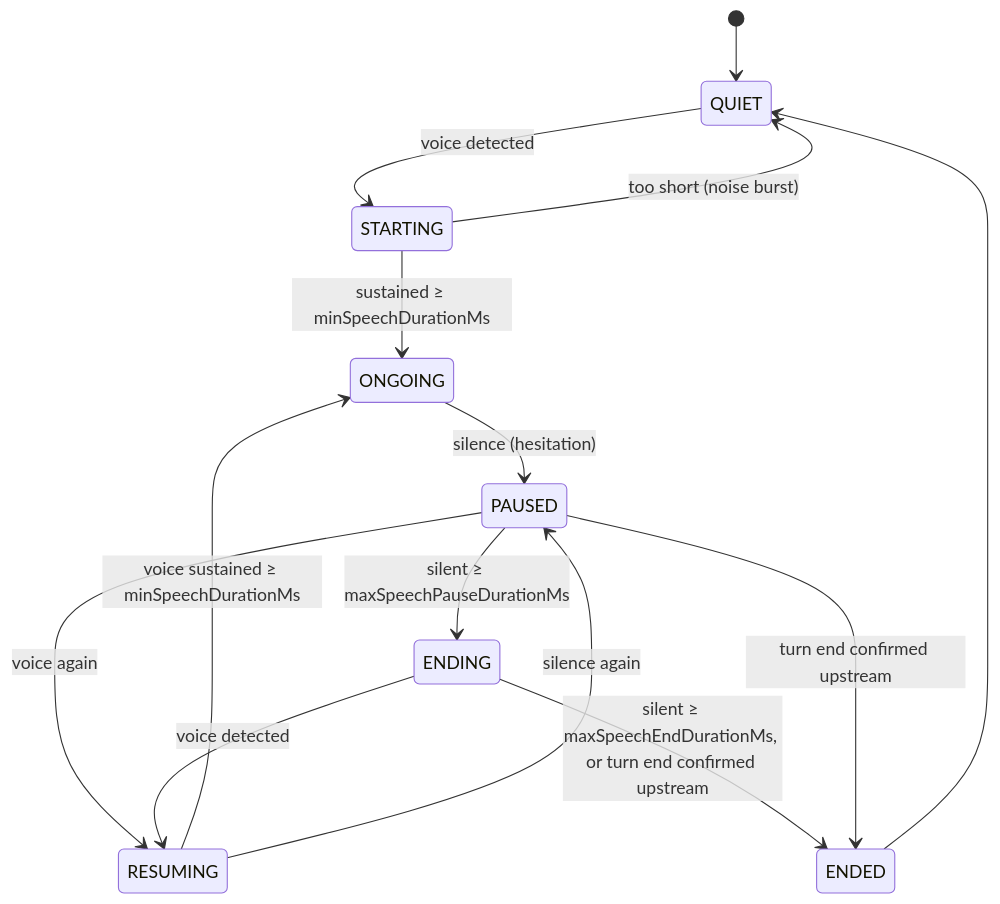
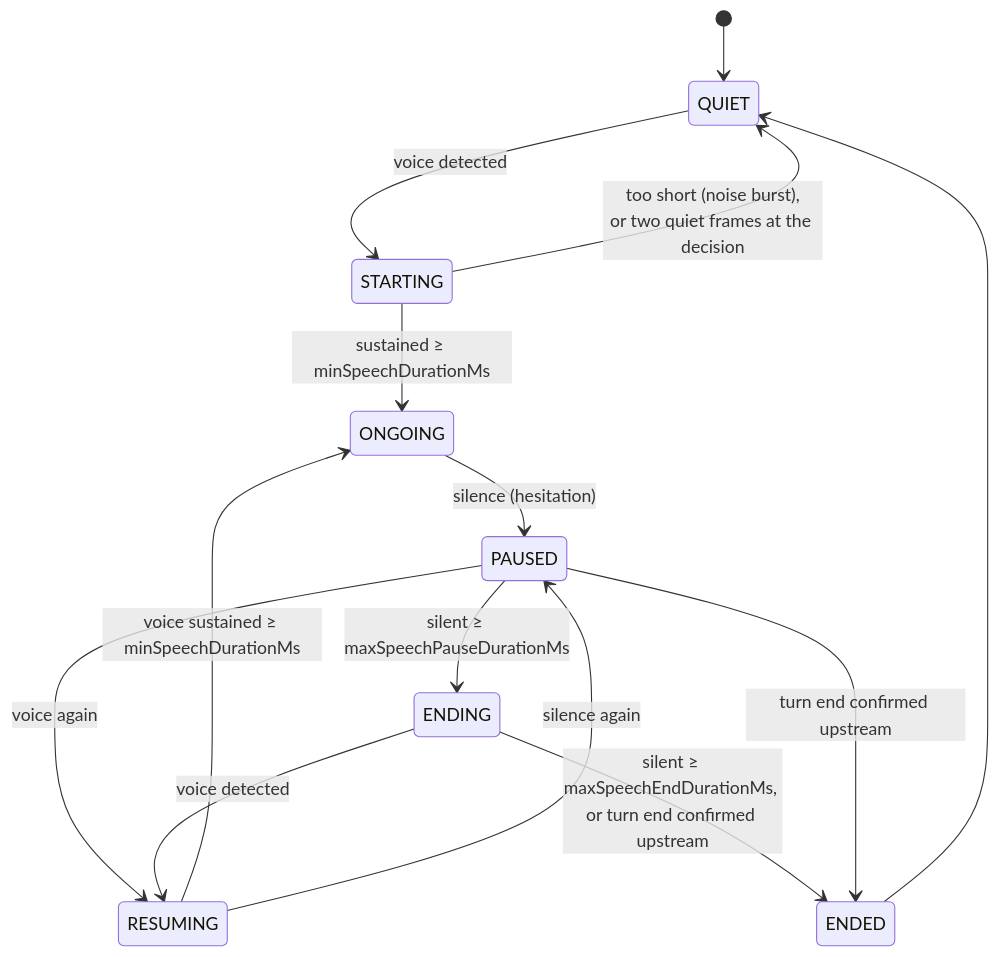
The second of 3 diagrams in docs/reference/processors.md (fatehmtd/VASDK), drawn with Mermaid before and after one commit. The commit also changed other lines of this file and 35 other files, not shown here.

````diff
--- a/docs/reference/processors.md
+++ b/docs/reference/processors.md
@@ -107,16 +107,16 @@
 ```mermaid
 stateDiagram-v2
     [*] --> QUIET
     QUIET --> STARTING: voice detected
     STARTING --> ONGOING: sustained ≥ minSpeechDurationMs
-    STARTING --> QUIET: too short (noise burst)
+    STARTING --> QUIET: too short (noise burst),<br/>or two quiet frames at the decision
     ONGOING --> PAUSED: silence (hesitation)
     PAUSED --> RESUMING: voice again
     PAUSED --> ENDING: silent ≥ maxSpeechPauseDurationMs
     RESUMING --> ONGOING: voice sustained ≥ minSpeechDurationMs
     RESUMING --> PAUSED: silence again
     ENDING --> RESUMING: voice detected
     ENDING --> ENDED: silent ≥ maxSpeechEndDurationMs, or turn end confirmed upstream
     PAUSED --> ENDED: turn end confirmed upstream
     ENDED --> QUIET
 ```
````
